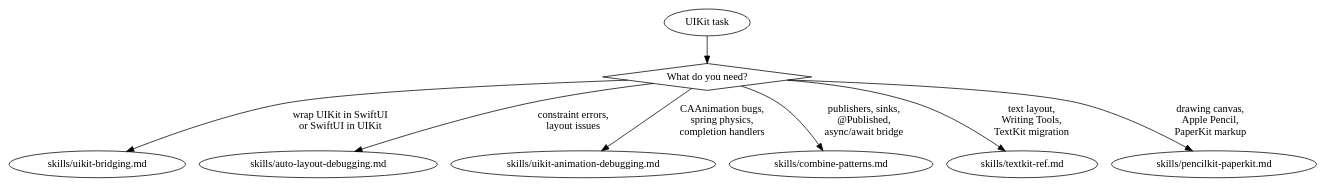
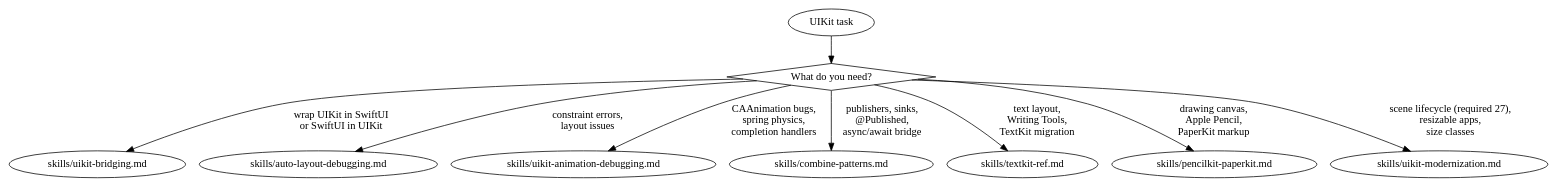
One commit to CharlesWiltgen/Axiom changed the diagram in .claude-plugin/plugins/axiom/skills/axiom-uikit/SKILL.md. Above: the diagram before and after it, drawn with Graphviz. The commit also changed other lines of this file and 5 other files, not shown here.

First line of the commit message:
feat(skills): OS27 UIKit modernization, PencilKit, PaperKit, TextKit

````diff
--- a/.claude-plugin/plugins/axiom/skills/axiom-uikit/SKILL.md
+++ b/.claude-plugin/plugins/axiom/skills/axiom-uikit/SKILL.md
@@ -36,14 +40,15 @@
 ```dot
 digraph uikit {
     start [label="UIKit task" shape=ellipse];
     what [label="What do you need?" shape=diamond];
 
     start -> what;
     what -> "skills/uikit-bridging.md" [label="wrap UIKit in SwiftUI\nor SwiftUI in UIKit"];
     what -> "skills/auto-layout-debugging.md" [label="constraint errors,\nlayout issues"];
     what -> "skills/uikit-animation-debugging.md" [label="CAAnimation bugs,\nspring physics,\ncompletion handlers"];
     what -> "skills/combine-patterns.md" [label="publishers, sinks,\n@Published,\nasync/await bridge"];
     what -> "skills/textkit-ref.md" [label="text layout,\nWriting Tools,\nTextKit migration"];
     what -> "skills/pencilkit-paperkit.md" [label="drawing canvas,\nApple Pencil,\nPaperKit markup"];
+    what -> "skills/uikit-modernization.md" [label="scene lifecycle (required 27),\nresizable apps,\nsize classes"];
 }
 ```
````
